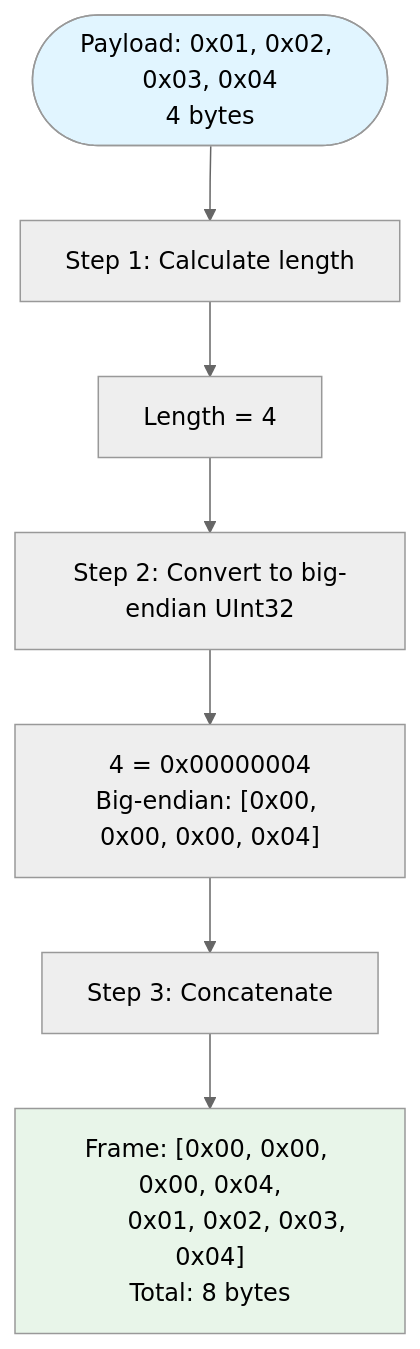
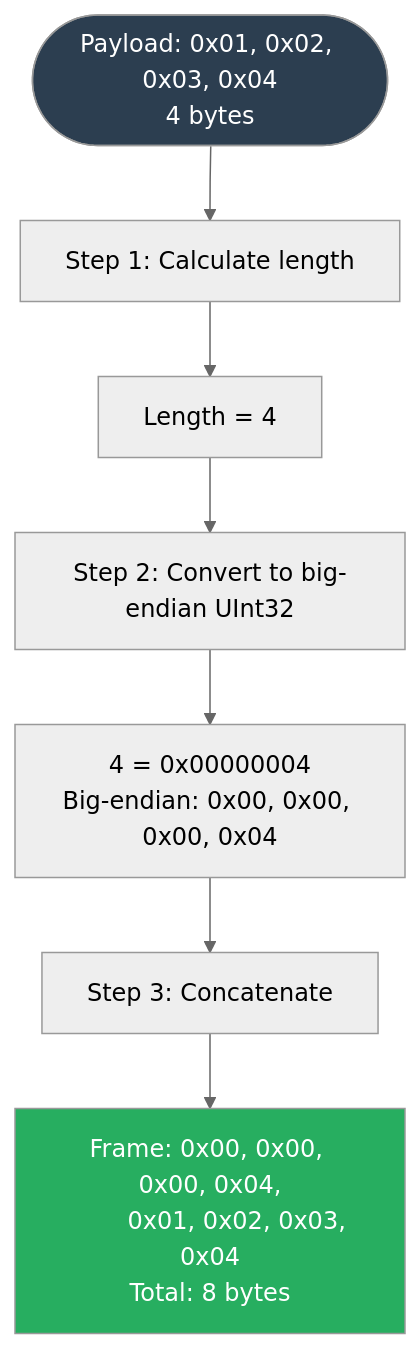
One commit to Mikedan37/BlazeBinary changed diagram 17 of 19 in README.md. Above: the diagram before and after it, drawn with Mermaid (neutral theme). The commit also changed other lines of this file and 11 other files, not shown here.

First line of the commit message:
Improve Mermaid diagrams and code display formatting

````diff
--- a/README.md
+++ b/README.md
@@ -555,12 +555,12 @@
 ```mermaid
 flowchart TD
     Start([Payload: 0x01, 0x02, 0x03, 0x04<br/>4 bytes]) --> Step1[Step 1: Calculate length]
     Step1 --> Len["Length = 4"]
     Len --> Step2[Step 2: Convert to big-endian UInt32]
-    Step2 --> BE["4 = 0x00000004<br/>Big-endian: [0x00, 0x00, 0x00, 0x04]"]
+    Step2 --> BE["4 = 0x00000004<br/>Big-endian: 0x00, 0x00, 0x00, 0x04"]
     BE --> Step3[Step 3: Concatenate]
-    Step3 --> Result["Frame: [0x00, 0x00, 0x00, 0x04,<br/>        0x01, 0x02, 0x03, 0x04]<br/>Total: 8 bytes"]
+    Step3 --> Result["Frame: 0x00, 0x00, 0x00, 0x04,<br/>        0x01, 0x02, 0x03, 0x04<br/>Total: 8 bytes"]
     
-    style Start fill:#e1f5ff
-    style Result fill:#e8f5e9
+    style Start fill:#2c3e50,color:#ffffff
+    style Result fill:#27ae60,color:#ffffff
 ```
````
